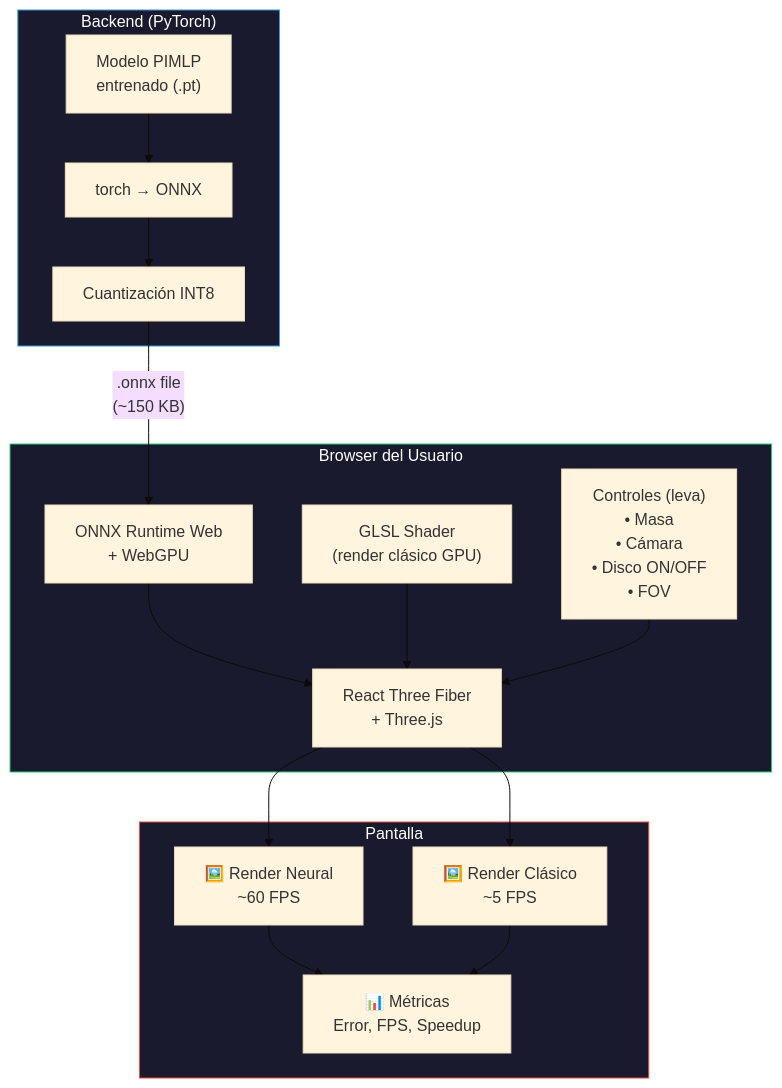
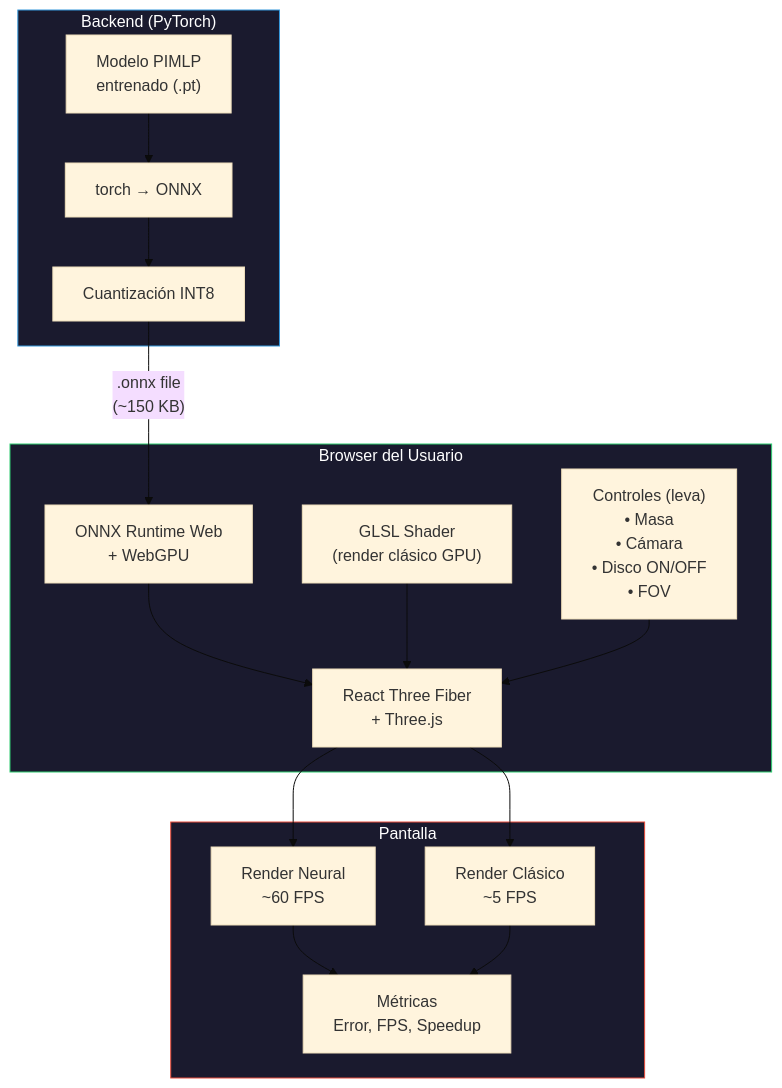
One commit to mmmaxii/neural-geodesics changed the sixth of 7 diagrams in docs/arquitectura.md. Above: the diagram before and after it, drawn with Mermaid (base theme). The commit also changed other lines of this file and 1 other file, not shown here.

````diff
--- a/docs/arquitectura.md
+++ b/docs/arquitectura.md
@@ -197,34 +197,34 @@
 ```mermaid
 graph TD
     subgraph BACKEND["Backend (PyTorch)"]
         MODEL["Modelo PIMLP<br/>entrenado (.pt)"]
         EXPORT["torch → ONNX"]
         QUANT["Cuantización INT8"]
         MODEL --> EXPORT --> QUANT
     end
 
     subgraph BROWSER["Browser del Usuario"]
         ONNX_WEB["ONNX Runtime Web<br/>+ WebGPU"]
         SHADER["GLSL Shader<br/>(render clásico GPU)"]
         R3F["React Three Fiber<br/>+ Three.js"]
         CONTROLS["Controles (leva)<br/>• Masa<br/>• Cámara<br/>• Disco ON/OFF<br/>• FOV"]
 
         ONNX_WEB --> R3F
         SHADER --> R3F
         CONTROLS --> R3F
     end
 
     subgraph DISPLAY["Pantalla"]
-        VIEW1["🖼️ Render Neural<br/>~60 FPS"]
-        VIEW2["🖼️ Render Clásico<br/>~5 FPS"]
-        METRICS["📊 Métricas<br/>Error, FPS, Speedup"]
+        VIEW1["Render Neural<br/>~60 FPS"]
+        VIEW2["Render Clásico<br/>~5 FPS"]
+        METRICS["Métricas<br/>Error, FPS, Speedup"]
         VIEW1 & VIEW2 --> METRICS
     end
 
     QUANT -->|".onnx file<br/>(~150 KB)"| ONNX_WEB
     R3F --> VIEW1 & VIEW2
 
     style BACKEND fill:#1a1a2e,stroke:#3498db,color:#fff
     style BROWSER fill:#1a1a2e,stroke:#2ecc71,color:#fff
     style DISPLAY fill:#1a1a2e,stroke:#e74c3c,color:#fff
 ```
````
